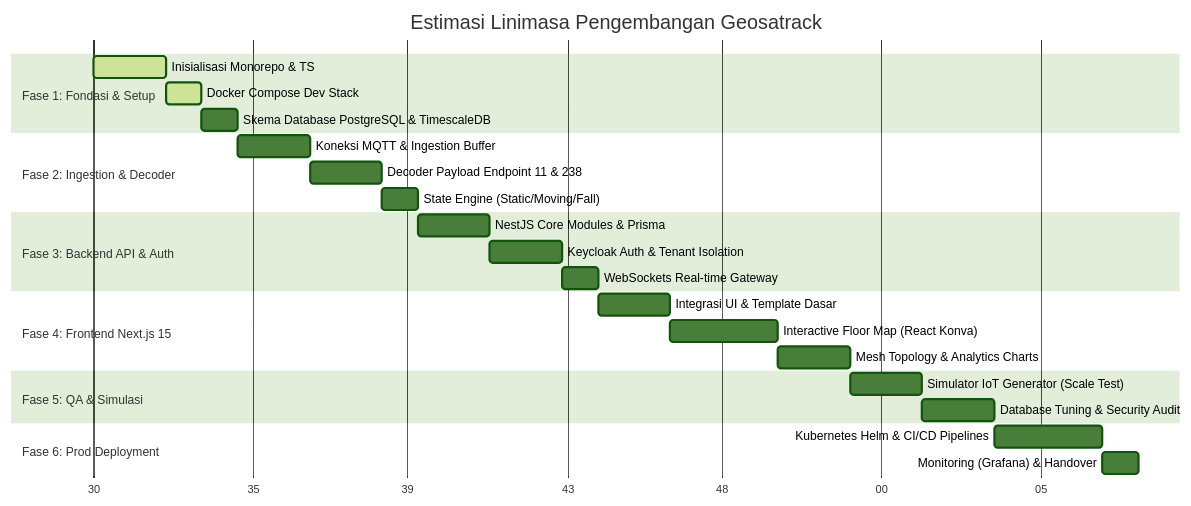
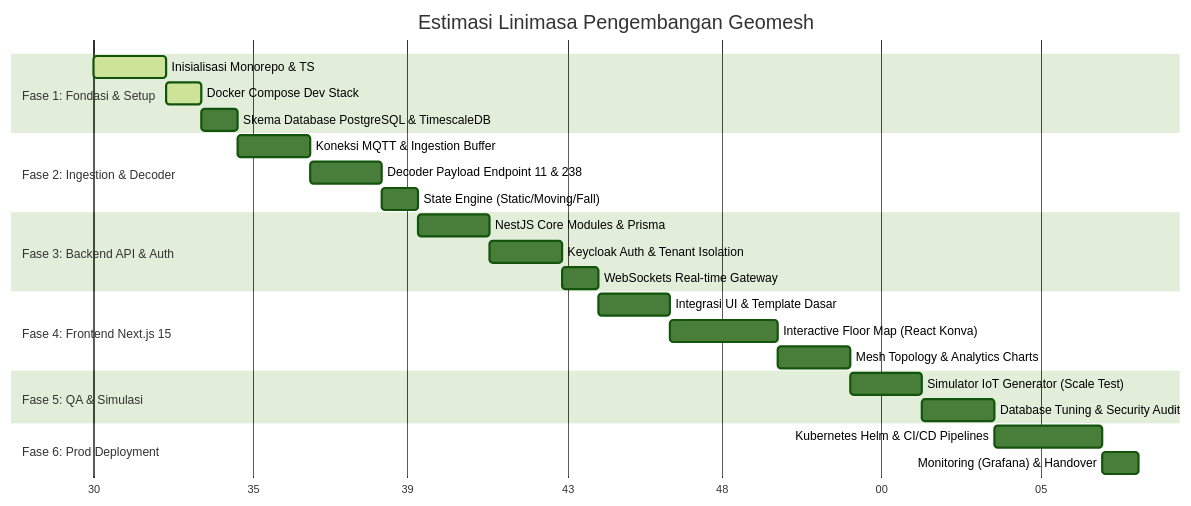
Before and after one commit to delfin2492/Geosatrack: the diagram in ROADMAP.md, drawn with Mermaid (forest theme). The commit also changed 7 other files, not shown here.

Commit message:
Rename project from Geosatrack to Geomesh across configurations and documentation

````diff
--- a/ROADMAP.md
+++ b/ROADMAP.md
@@ -9,34 +9,34 @@
 ```mermaid
 gantt
-    title Estimasi Linimasa Pengembangan Geosatrack
+    title Estimasi Linimasa Pengembangan Geomesh
     dateFormat  YYYY-MM-DD
     axisFormat %W
     
     section Fase 1: Fondasi & Setup
     Inisialisasi Monorepo & TS   :active, f1_1, 2026-08-01, 14d
     Docker Compose Dev Stack     :active, f1_2, after f1_1, 7d
     Skema Database PostgreSQL & TimescaleDB :f1_3, after f1_2, 7d
     
     section Fase 2: Ingestion & Decoder
     Koneksi MQTT & Ingestion Buffer :f2_1, after f1_3, 14d
     Decoder Payload Endpoint 11 & 238 :f2_2, after f2_1, 14d
     State Engine (Static/Moving/Fall) :f2_3, after f2_2, 7d
     
     section Fase 3: Backend API & Auth
     NestJS Core Modules & Prisma :f3_1, after f2_3, 14d
     Keycloak Auth & Tenant Isolation :f3_2, after f3_1, 14d
     WebSockets Real-time Gateway :f3_3, after f3_2, 7d
     
     section Fase 4: Frontend Next.js 15
     Integrasi UI & Template Dasar :f4_1, after f3_3, 14d
     Interactive Floor Map (React Konva) :f4_2, after f4_1, 21d
     Mesh Topology & Analytics Charts :f4_3, after f4_2, 14d
     
     section Fase 5: QA & Simulasi
     Simulator IoT Generator (Scale Test) :f5_1, after f4_3, 14d
     Database Tuning & Security Audit :f5_2, after f5_1, 14d
     
     section Fase 6: Prod Deployment
     Kubernetes Helm & CI/CD Pipelines :f6_1, after f5_2, 21d
     Monitoring (Grafana) & Handover :f6_2, after f6_1, 7d
 ```
````
